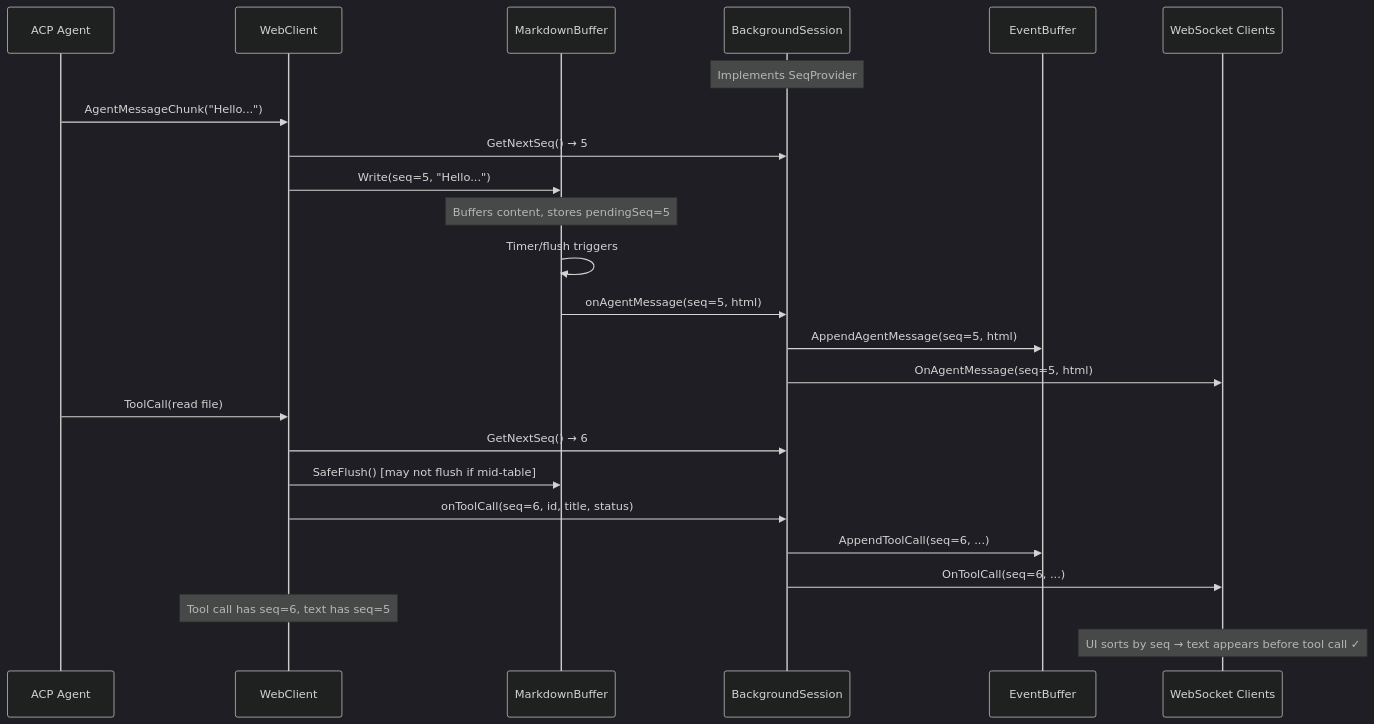
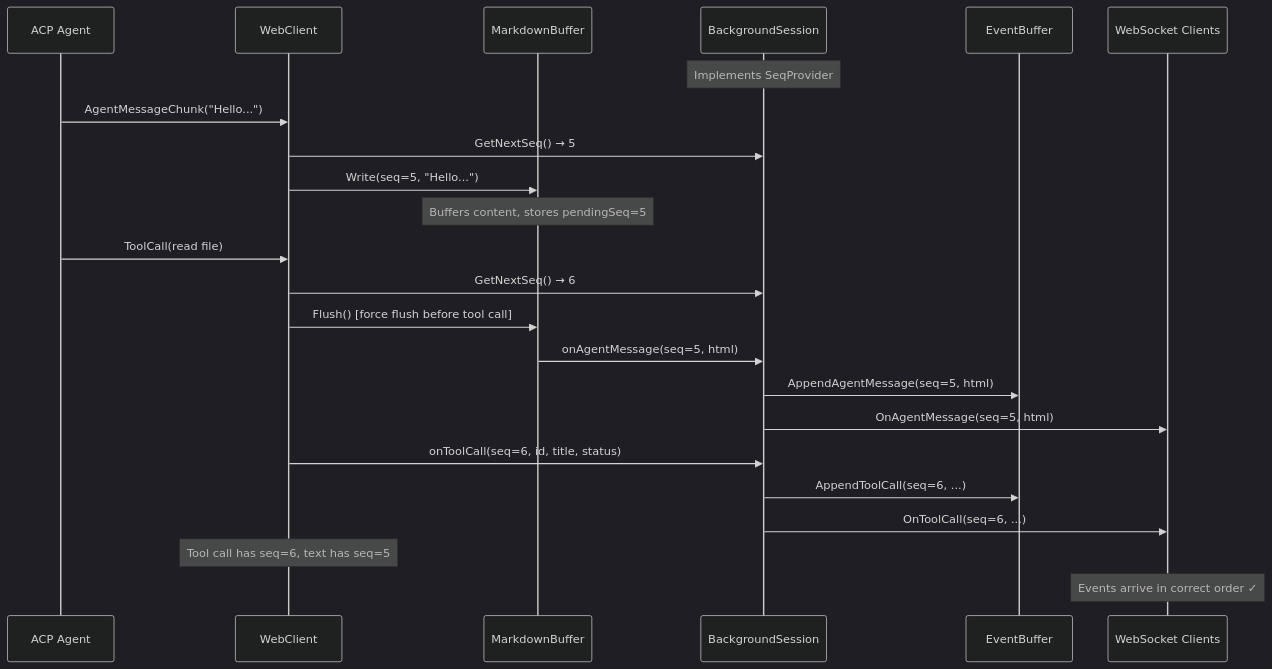
One commit to inercia/mitto changed the second of 6 diagrams in docs/devel/websocket-messaging.md. Above: the diagram before and after it, drawn with Mermaid (dark theme).

Commit message:
docs: update websocket messaging docs for flush behavior

````diff
--- a/docs/devel/websocket-messaging.md
+++ b/docs/devel/websocket-messaging.md
@@ -77,30 +77,29 @@
 ```mermaid
 sequenceDiagram
     participant ACP as ACP Agent
     participant WC as WebClient
     participant MD as MarkdownBuffer
     participant BS as BackgroundSession
     participant Buffer as EventBuffer
     participant WS as WebSocket Clients
 
     Note over BS: Implements SeqProvider
 
     ACP->>WC: AgentMessageChunk("Hello...")
     WC->>BS: GetNextSeq() → 5
     WC->>MD: Write(seq=5, "Hello...")
     Note over MD: Buffers content, stores pendingSeq=5
-    MD->>MD: Timer/flush triggers
+
+    ACP->>WC: ToolCall(read file)
+    WC->>BS: GetNextSeq() → 6
+    WC->>MD: Flush() [force flush before tool call]
     MD->>BS: onAgentMessage(seq=5, html)
     BS->>Buffer: AppendAgentMessage(seq=5, html)
     BS->>WS: OnAgentMessage(seq=5, html)
-
-    ACP->>WC: ToolCall(read file)
-    WC->>BS: GetNextSeq() → 6
-    WC->>MD: SafeFlush() [may not flush if mid-table]
     WC->>BS: onToolCall(seq=6, id, title, status)
     BS->>Buffer: AppendToolCall(seq=6, ...)
     BS->>WS: OnToolCall(seq=6, ...)
 
     Note over WC: Tool call has seq=6, text has seq=5
-    Note over WS: UI sorts by seq → text appears before tool call ✓
+    Note over WS: Events arrive in correct order ✓
 ```
````
